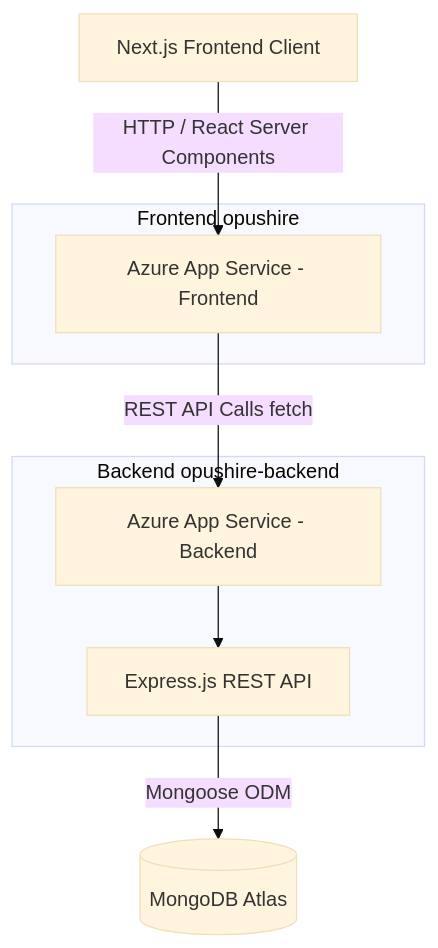
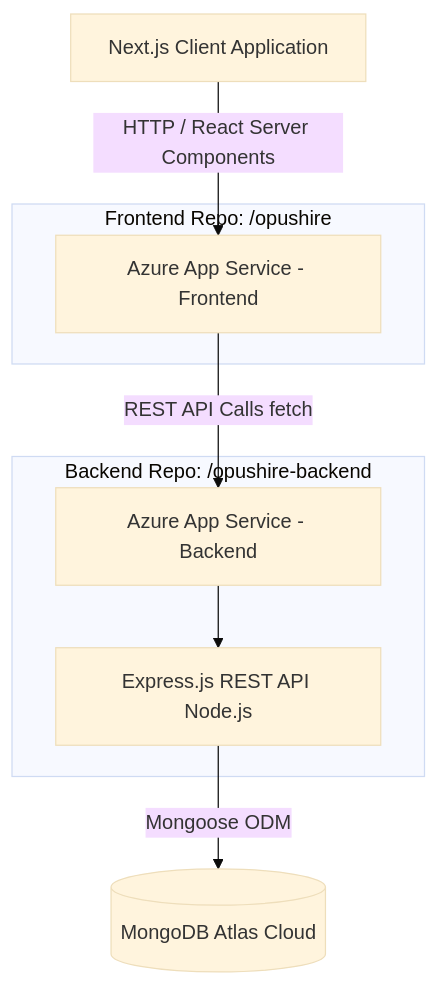
Before and after one commit to soumik2441139/hackathon: the diagram in README.md, drawn with Mermaid (base theme). The commit also changed other lines of this file, not shown here.

````diff
--- a/README.md
+++ b/README.md
@@ -35,22 +55,22 @@
 ```mermaid
 graph TD
-    Client[Next.js Frontend Client]
+    Client[Next.js Client Application]
     AzureFront[Azure App Service - Frontend]
     AzureBack[Azure App Service - Backend]
-    API[Express.js REST API]
-    Mongo[(MongoDB Atlas)]
+    API[Express.js REST API Node.js]
+    Mongo[(MongoDB Atlas Cloud)]
 
     Client -->|HTTP / React Server Components| AzureFront
     AzureFront -->|REST API Calls fetch| AzureBack
     AzureBack --> API
     API -->|Mongoose ODM| Mongo
     
-    subgraph Frontend [Frontend opushire]
+    subgraph Client-Side [Frontend Repo: /opushire]
     AzureFront
     end
     
-    subgraph Backend [Backend opushire-backend]
+    subgraph Server-Side [Backend Repo: /opushire-backend]
     AzureBack
     API
     end
 ```
````
